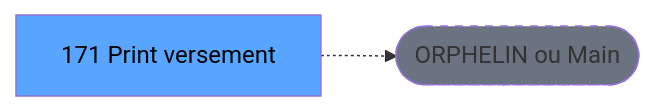
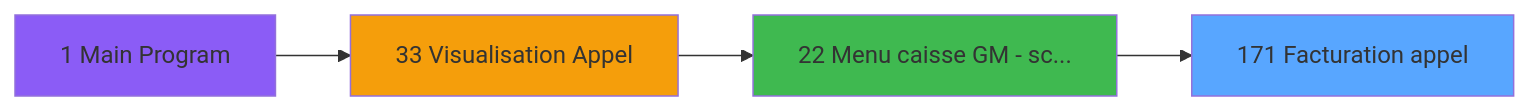
The second of 3 diagrams in .openspec/specs/ADH-IDE-171.md (thonyAGP/magic-migration), drawn with Mermaid before and after one commit. The commit also changed other lines of this file and 311 other files, not shown here.

````diff
--- a/.openspec/specs/ADH-IDE-171.md
+++ b/.openspec/specs/ADH-IDE-171.md
@@ -124,8 +366,14 @@
 ```mermaid
 graph LR
-    T[171 Print versement]
-    ORPHAN([ORPHELIN ou Main])
-    T -.-> ORPHAN
-    style T fill:#58a6ff,color:#000
-    style ORPHAN fill:#6b7280,stroke-dasharray: 5 5
+    T171[171 Facturation appel]
+    style T171 fill:#58a6ff
+    CC1[1 Main Program]
+    style CC1 fill:#8b5cf6
+    CC33[33 Visualisation Appel]
+    style CC33 fill:#f59e0b
+    CC22[22 Menu caisse GM - sc...]
+    style CC22 fill:#3fb950
+    CC33 --> CC22
+    CC1 --> CC33
+    CC22 --> T171
 ```
````
